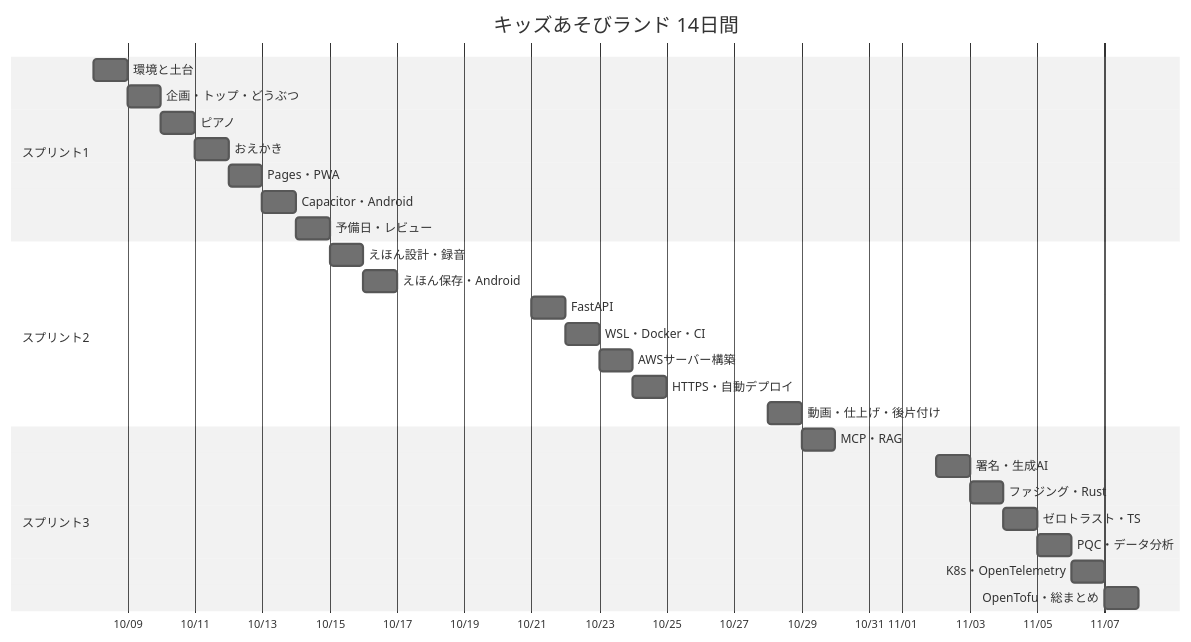
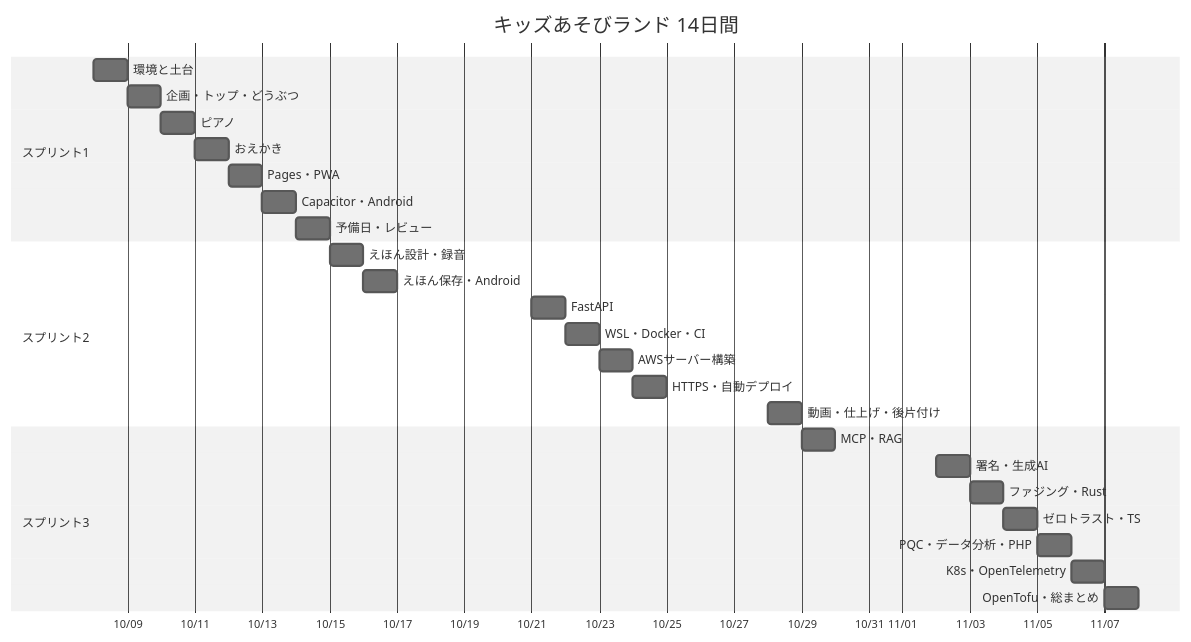
Before and after one commit to Hayato-F110/kids-play: the diagram in docs/plan.md, drawn with Mermaid (neutral theme). The commit also changed other lines of this file, not shown here.

Commit message:
KIDS-63 docs: 19日目に PHP の学習を足す
社内のサーバーで使う言語なので、読んで危険な箇所に気づけるまでを21日目までに学ぶ。

````diff
--- a/docs/plan.md
+++ b/docs/plan.md
@@ -21,30 +21,30 @@
 ```mermaid
 gantt
     title キッズあそびランド 14日間
     dateFormat YYYY-MM-DD
     axisFormat %m/%d
     section スプリント1
     環境と土台            :d1, 2026-10-08, 1d
     企画・トップ・どうぶつ  :d2, after d1, 1d
     ピアノ                :d3, after d2, 1d
     おえかき              :d4, after d3, 1d
     Pages・PWA            :d5, after d4, 1d
     Capacitor・Android    :d6, after d5, 1d
     予備日・レビュー       :d7, after d6, 1d
     section スプリント2
     えほん設計・録音       :d8, after d7, 1d
     えほん保存・Android    :d9, after d8, 1d
     FastAPI               :d10, 2026-10-21, 1d
     WSL・Docker・CI       :d11, after d10, 1d
     AWSサーバー構築        :d12, after d11, 1d
     HTTPS・自動デプロイ    :d13, after d12, 1d
     動画・仕上げ・後片付け  :d14, 2026-10-28, 1d
     section スプリント3
     MCP・RAG             :d15, after d14, 1d
     署名・生成AI          :d16, 2026-11-02, 1d
     ファジング・Rust       :d17, after d16, 1d
     ゼロトラスト・TS      :d18, after d17, 1d
-    PQC・データ分析       :d19, after d18, 1d
+    PQC・データ分析・PHP  :d19, after d18, 1d
     K8s・OpenTelemetry    :d20, after d19, 1d
     OpenTofu・総まとめ    :d21, after d20, 1d
 ```
````
